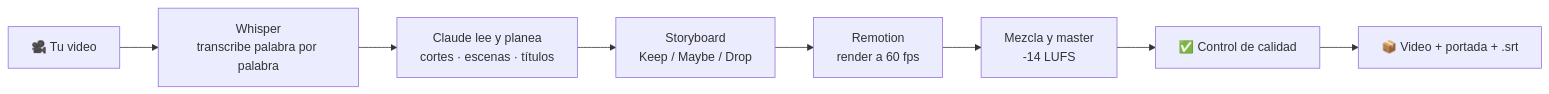
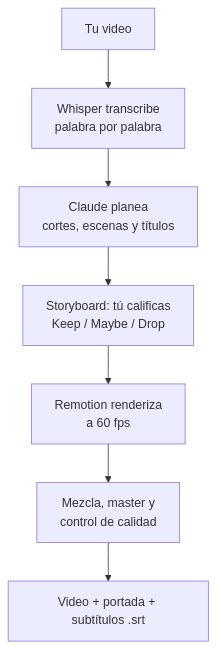
One commit to ilelaty2009/claude-video-editor changed the diagram in README.md. Above: the diagram before and after it, drawn with Mermaid. The commit also changed other lines of this file, not shown here.

Commit message:
README: diagrama más legible y encabezado de la tabla

````diff
--- a/README.md
+++ b/README.md
@@ -47,10 +47,9 @@
 ```mermaid
-flowchart LR
-    A[🎥 Tu video] --> B[Whisper<br/>transcribe palabra por palabra]
-    B --> C[Claude lee y planea<br/>cortes · escenas · títulos]
-    C --> D[Storyboard<br/>Keep / Maybe / Drop]
-    D --> E[Remotion<br/>render a 60 fps]
-    E --> F[Mezcla y master<br/>-14 LUFS]
-    F --> G[✅ Control de calidad]
-    G --> H[📦 Video + portada + .srt]
+flowchart TD
+    A["Tu video"] --> B["Whisper transcribe<br/>palabra por palabra"]
+    B --> C["Claude planea<br/>cortes, escenas y títulos"]
+    C --> D["Storyboard: tú calificas<br/>Keep / Maybe / Drop"]
+    D --> E["Remotion renderiza<br/>a 60 fps"]
+    E --> F["Mezcla, master y<br/>control de calidad"]
+    F --> G["Video + portada + subtítulos .srt"]
 ```
````
